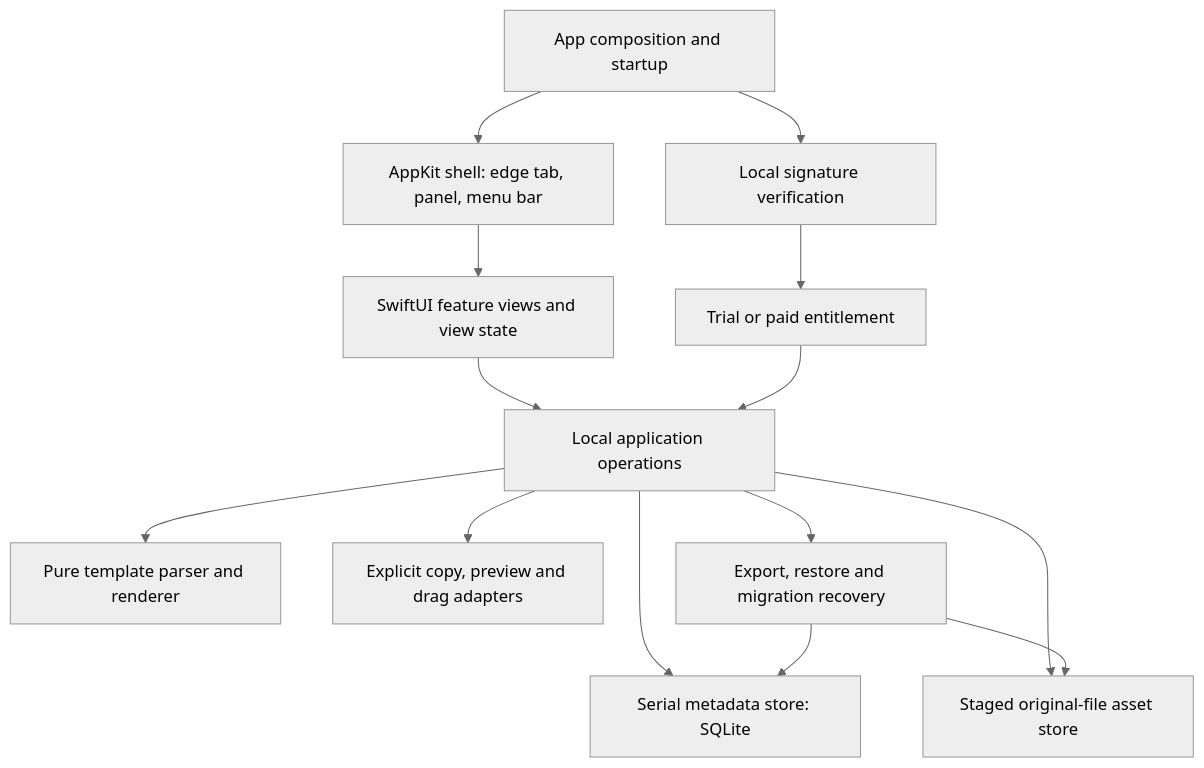
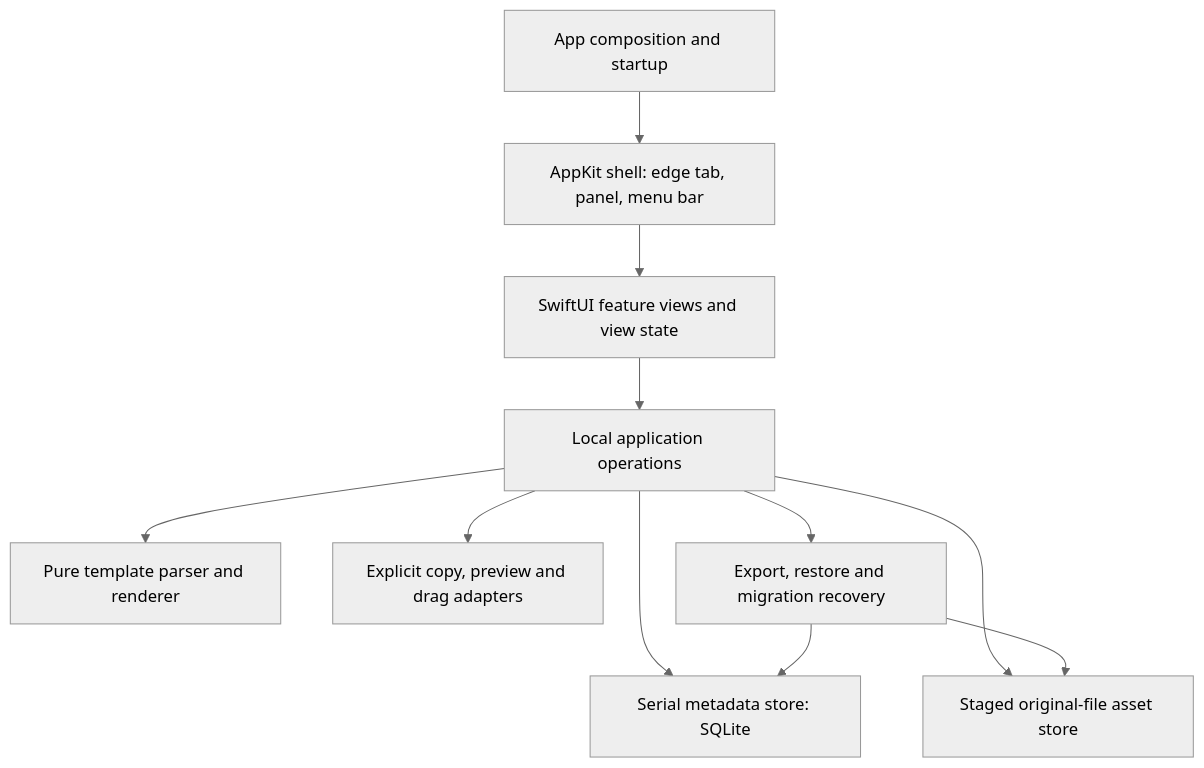
One commit to Ashiqquee/nivlet changed the diagram in docs/architecture.md. Above: the diagram before and after it, drawn with Mermaid (neutral theme). The commit also changed other lines of this file and 75 other files, not shown here.

````diff
--- a/docs/architecture.md
+++ b/docs/architecture.md
@@ -17,16 +17,13 @@
 ```mermaid
 flowchart TB
   App[App composition and startup] --> Shell[AppKit shell: edge tab, panel, menu bar]
   Shell --> UI[SwiftUI feature views and view state]
   UI --> Work[Local application operations]
   Work --> Parser[Pure template parser and renderer]
   Work --> Store[Serial metadata store: SQLite]
   Work --> Assets[Staged original-file asset store]
   Work --> Transfers[Explicit copy, preview and drag adapters]
   Work --> Recovery[Export, restore and migration recovery]
   Recovery --> Store
   Recovery --> Assets
-  App --> License[Local signature verification]
-  License --> Entitlement[Trial or paid entitlement]
-  Entitlement --> Work
 ```
````
